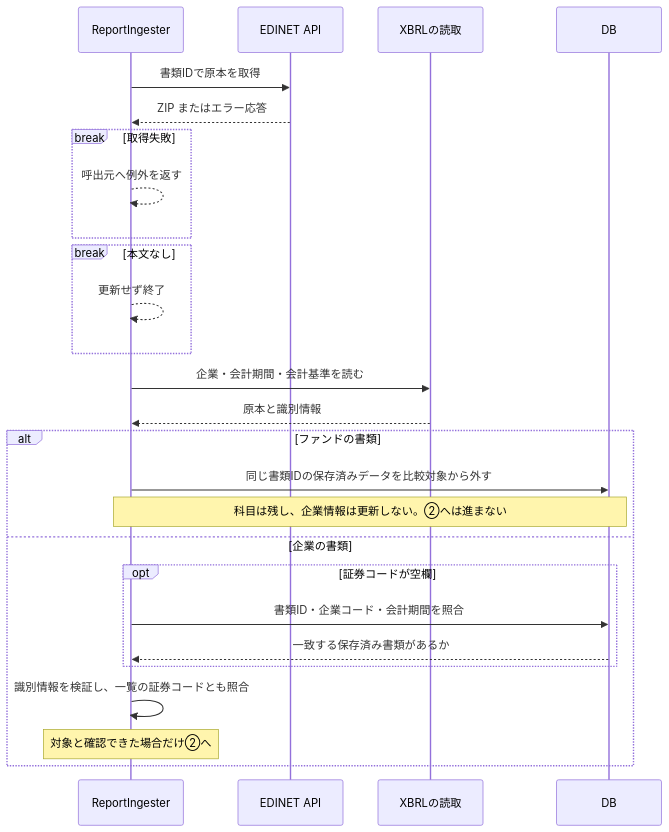
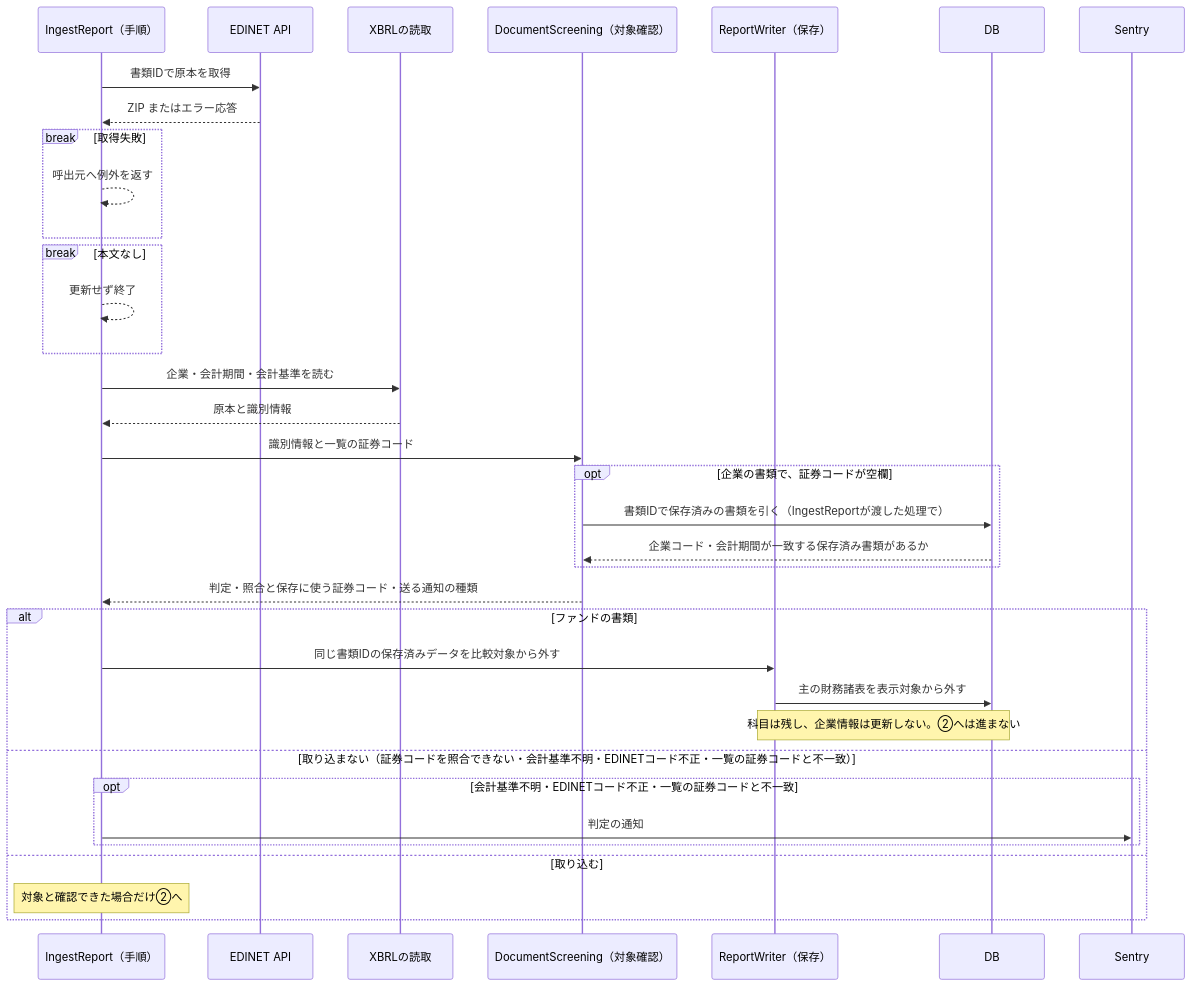
One commit to shin4488/financial-statement changed the second of 12 diagrams in docs/guide/03_data_flow.md. Above: the diagram before and after it, drawn with Mermaid. The commit also changed other lines of this file and 19 other files, not shown here.

````diff
--- a/docs/guide/03_data_flow.md
+++ b/docs/guide/03_data_flow.md
@@ -56,28 +56,37 @@
 ```mermaid
 sequenceDiagram
-    participant I as ReportIngester
+    participant U as IngestReport（手順）
     participant E as EDINET API
     participant X as XBRLの読取
+    participant S as DocumentScreening（対象確認）
+    participant W as ReportWriter（保存）
     participant D as DB
-    I->>E: 書類IDで原本を取得
-    E-->>I: ZIP またはエラー応答
+    participant Y as Sentry
+    U->>E: 書類IDで原本を取得
+    E-->>U: ZIP またはエラー応答
     break 取得失敗
-        I-->>I: 呼出元へ例外を返す
+        U-->>U: 呼出元へ例外を返す
     end
     break 本文なし
-        I-->>I: 更新せず終了
+        U-->>U: 更新せず終了
     end
-    I->>X: 企業・会計期間・会計基準を読む
-    X-->>I: 原本と識別情報
+    U->>X: 企業・会計期間・会計基準を読む
+    X-->>U: 原本と識別情報
+    U->>S: 識別情報と一覧の証券コード
+    opt 企業の書類で、証券コードが空欄
+        S->>D: 書類IDで保存済みの書類を引く（IngestReportが渡した処理で）
+        D-->>S: 企業コード・会計期間が一致する保存済み書類があるか
+    end
+    S-->>U: 判定・照合と保存に使う証券コード・送る通知の種類
     alt ファンドの書類
-        I->>D: 同じ書類IDの保存済みデータを比較対象から外す
-        Note over I,D: 科目は残し、企業情報は更新しない。②へは進まない
-    else 企業の書類
-        opt 証券コードが空欄
-            I->>D: 書類ID・企業コード・会計期間を照合
-            D-->>I: 一致する保存済み書類があるか
+        U->>W: 同じ書類IDの保存済みデータを比較対象から外す
+        W->>D: 主の財務諸表を表示対象から外す
+        Note over W,D: 科目は残し、企業情報は更新しない。②へは進まない
+    else 取り込まない（証券コードを照合できない・会計基準不明・EDINETコード不正・一覧の証券コードと不一致）
+        opt 会計基準不明・EDINETコード不正・一覧の証券コードと不一致
+            U->>Y: 判定の通知
         end
-        I->>I: 識別情報を検証し、一覧の証券コードとも照合
-        Note over I: 対象と確認できた場合だけ②へ
+    else 取り込む
+        Note over U: 対象と確認できた場合だけ②へ
     end
 ```
````
